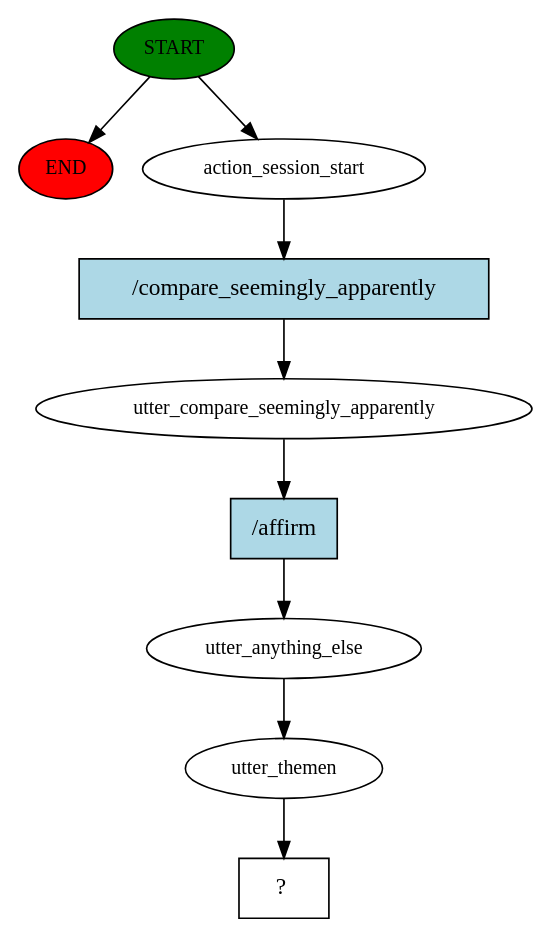
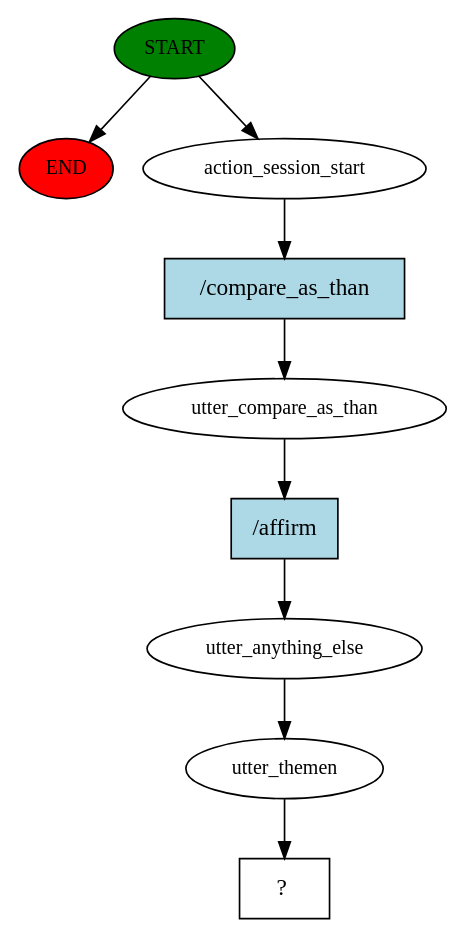
One commit to se-labor/alfa-bot-chatbots changed the diagram in story_graph.dot. Above: the diagram before and after it, drawn with Graphviz. The commit also changed 6 other files, not shown here.

```diff
--- a/story_graph.dot
+++ b/story_graph.dot
@@ -1,19 +1,19 @@
 digraph  {
 0 [class="start active", fillcolor=green, fontsize=12, label=START, style=filled];
 "-1" [class=end, fillcolor=red, fontsize=12, label=END, style=filled];
 1 [class=active, fontsize=12, label=action_session_start];
-2 [class=active, fontsize=12, label=utter_compare_seemingly_apparently];
+2 [class=active, fontsize=12, label=utter_compare_as_than];
 3 [class=active, fontsize=12, label=utter_anything_else];
 4 [class=active, fontsize=12, label=utter_themen];
 5 [class="intent dashed active", label="  ?  ", shape=rect];
-6 [class="intent active", fillcolor=lightblue, label="/compare_seemingly_apparently", shape=rect, style=filled];
+6 [class="intent active", fillcolor=lightblue, label="/compare_as_than", shape=rect, style=filled];
 7 [class="intent active", fillcolor=lightblue, label="/affirm", shape=rect, style=filled];
 0 -> "-1"  [class="", key=NONE, label=""];
 0 -> 1  [class=active, key=NONE, label=""];
 1 -> 6  [class=active, key=0];
 2 -> 7  [class=active, key=0];
 3 -> 4  [class=active, key=NONE, label=""];
 4 -> 5  [class=active, key=NONE, label=""];
 6 -> 2  [class=active, key=0];
 7 -> 3  [class=active, key=0];
 }
```
